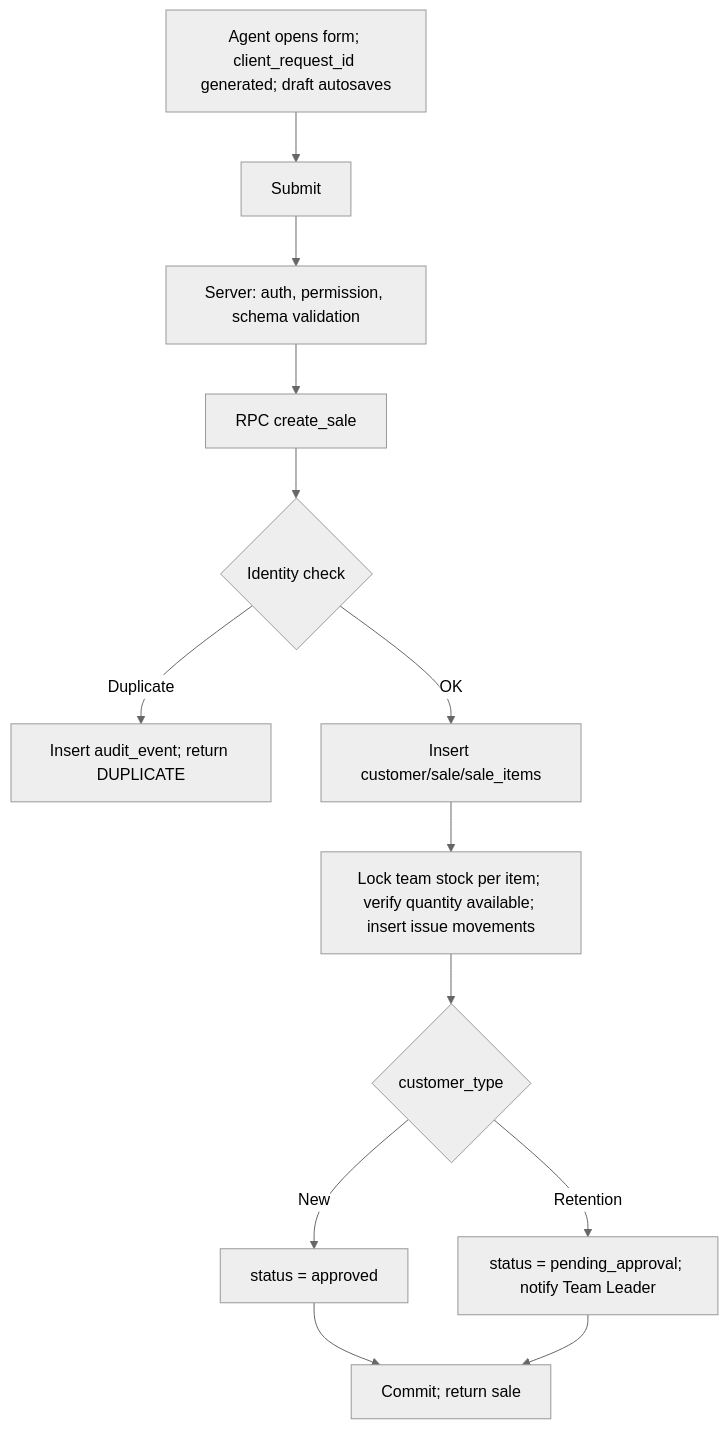
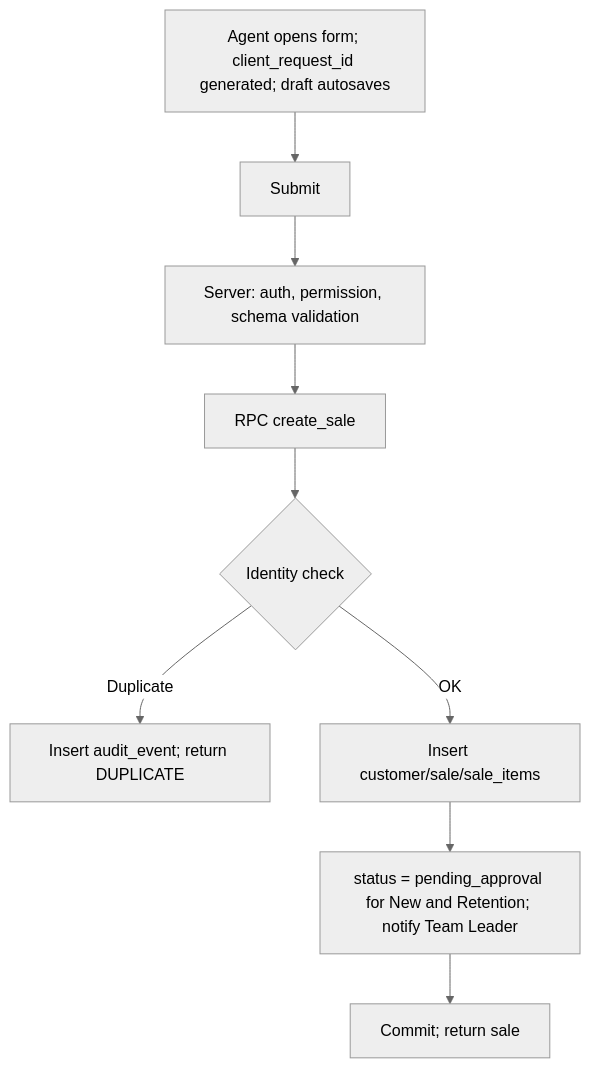
The third of 5 diagrams in docs/02-design/Sogasho_Outdoor_Field_Sales_Audit_System_SDD_v1.5.md (sakariyeqaalib001-alt/Outdoor-), drawn with Mermaid (neutral theme) before and after one commit. The commit also changed other lines of this file and 15 other files, not shown here.

Commit message:
D-37: every sale waits for Team Leader / Supervisor approval; equipment recorded at approval (Phase 8)

````diff
--- a/docs/02-design/Sogasho_Outdoor_Field_Sales_Audit_System_SDD_v1.5.md
+++ b/docs/02-design/Sogasho_Outdoor_Field_Sales_Audit_System_SDD_v1.5.md
@@ -443,15 +443,11 @@
 ```mermaid
 flowchart TD
     A[Agent opens form; client_request_id generated; draft autosaves] --> B[Submit]
     B --> C[Server: auth, permission, schema validation]
     C --> D[RPC create_sale]
     D --> E{Identity check}
     E -->|Duplicate| F[Insert audit_event; return DUPLICATE]
     E -->|OK| G[Insert customer/sale/sale_items]
-    G --> H[Lock team stock per item; verify quantity available; insert issue movements]
-    H --> I{customer_type}
-    I -->|New| J[status = approved]
-    I -->|Retention| K[status = pending_approval; notify Team Leader]
-    J --> L[Commit; return sale]
-    K --> L
+    G --> K[status = pending_approval for New and Retention; notify Team Leader]
+    K --> L[Commit; return sale]
 ```
````
